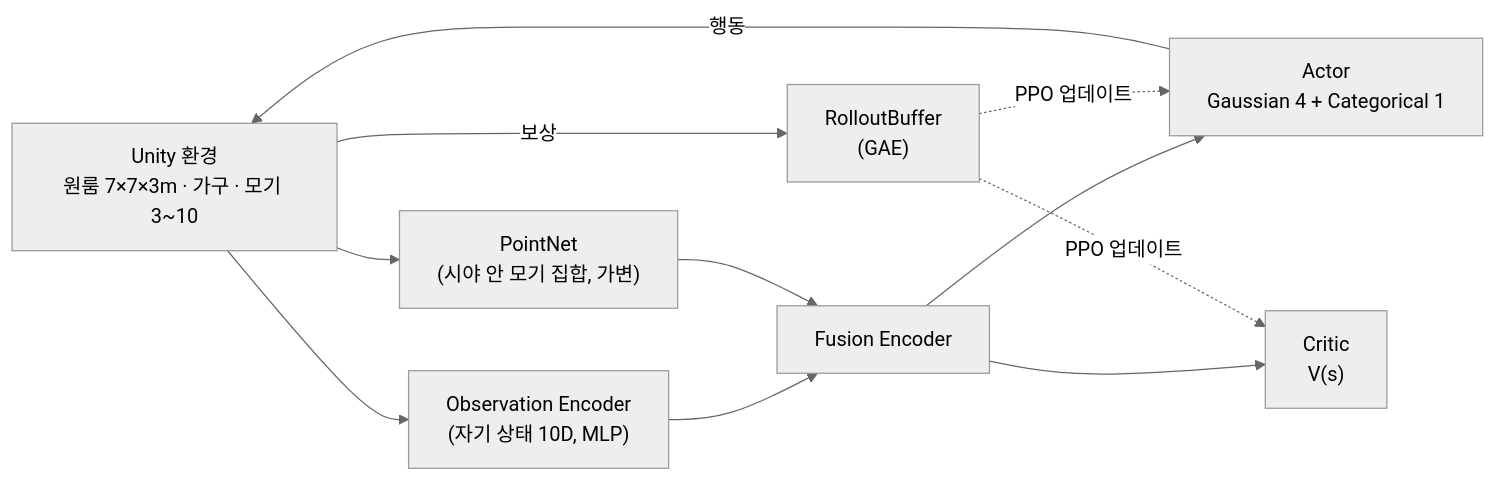
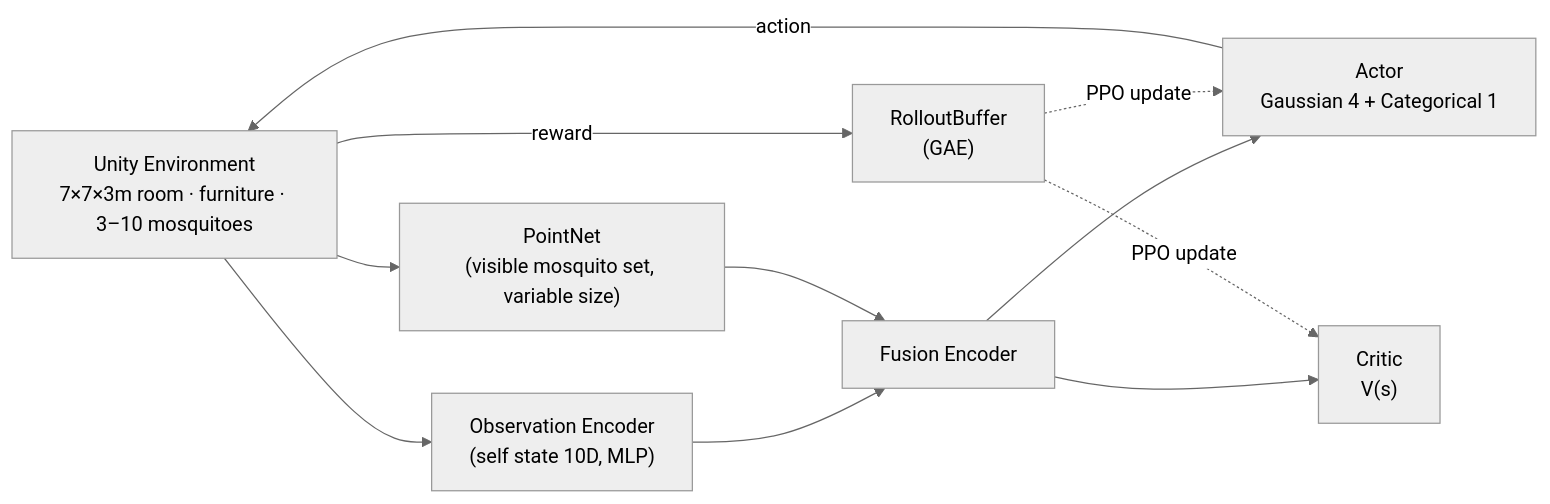
Before and after one commit to Jacod97/chameleon-agent: the diagram in README.md, drawn with Mermaid (neutral theme). The commit also changed other lines of this file and 11 other files, not shown here.

````diff
--- a/README.md
+++ b/README.md
@@ -129,19 +122,19 @@
 ```mermaid
 flowchart LR
-    ENV["Unity 환경<br/>원룸 7×7×3m · 가구 · 모기 3~10"]
-    OENC["Observation Encoder<br/>(자기 상태 10D, MLP)"]
-    PNET["PointNet<br/>(시야 안 모기 집합, 가변)"]
+    ENV["Unity Environment<br/>7×7×3m room · furniture · 3–10 mosquitoes"]
+    OENC["Observation Encoder<br/>(self state 10D, MLP)"]
+    PNET["PointNet<br/>(visible mosquito set, variable size)"]
     FUSE["Fusion Encoder"]
     ACT["Actor<br/>Gaussian 4 + Categorical 1"]
     CRI["Critic<br/>V(s)"]
     BUF["RolloutBuffer<br/>(GAE)"]
 
     ENV --> OENC --> FUSE
     ENV --> PNET --> FUSE
     FUSE --> ACT
     FUSE --> CRI
-    ACT -->|"행동"| ENV
-    ENV -->|"보상"| BUF
-    BUF -.->|"PPO 업데이트"| ACT
-    BUF -.->|"PPO 업데이트"| CRI
+    ACT -->|"action"| ENV
+    ENV -->|"reward"| BUF
+    BUF -.->|"PPO update"| ACT
+    BUF -.->|"PPO update"| CRI
 ```
````
